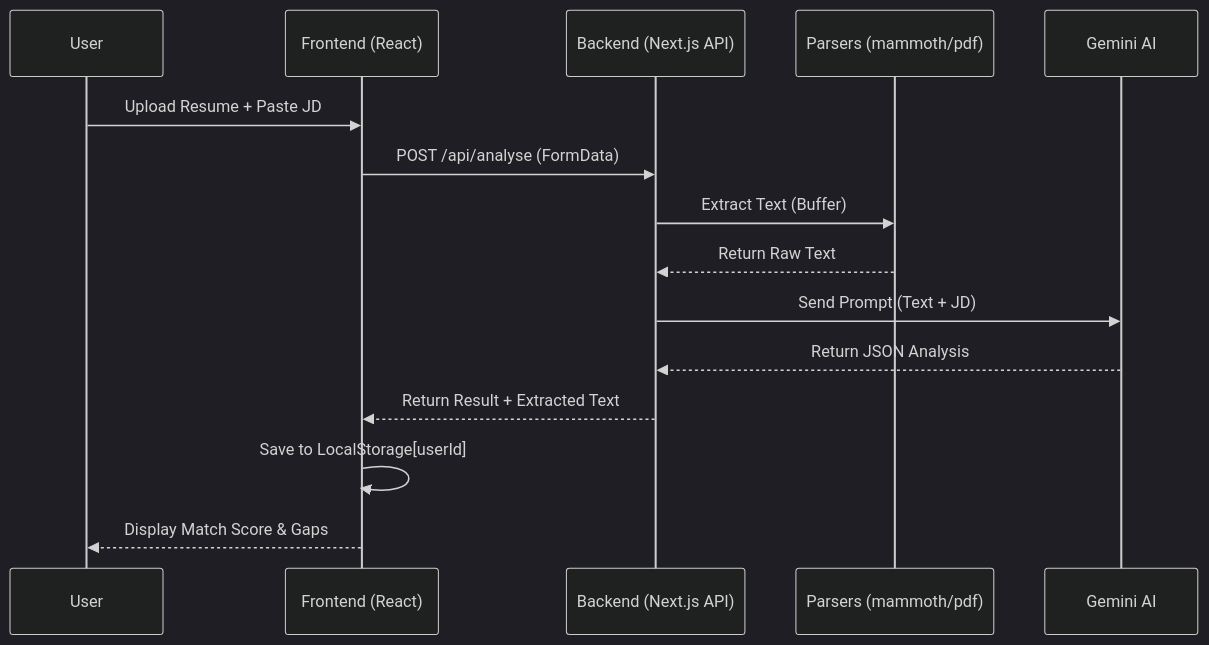
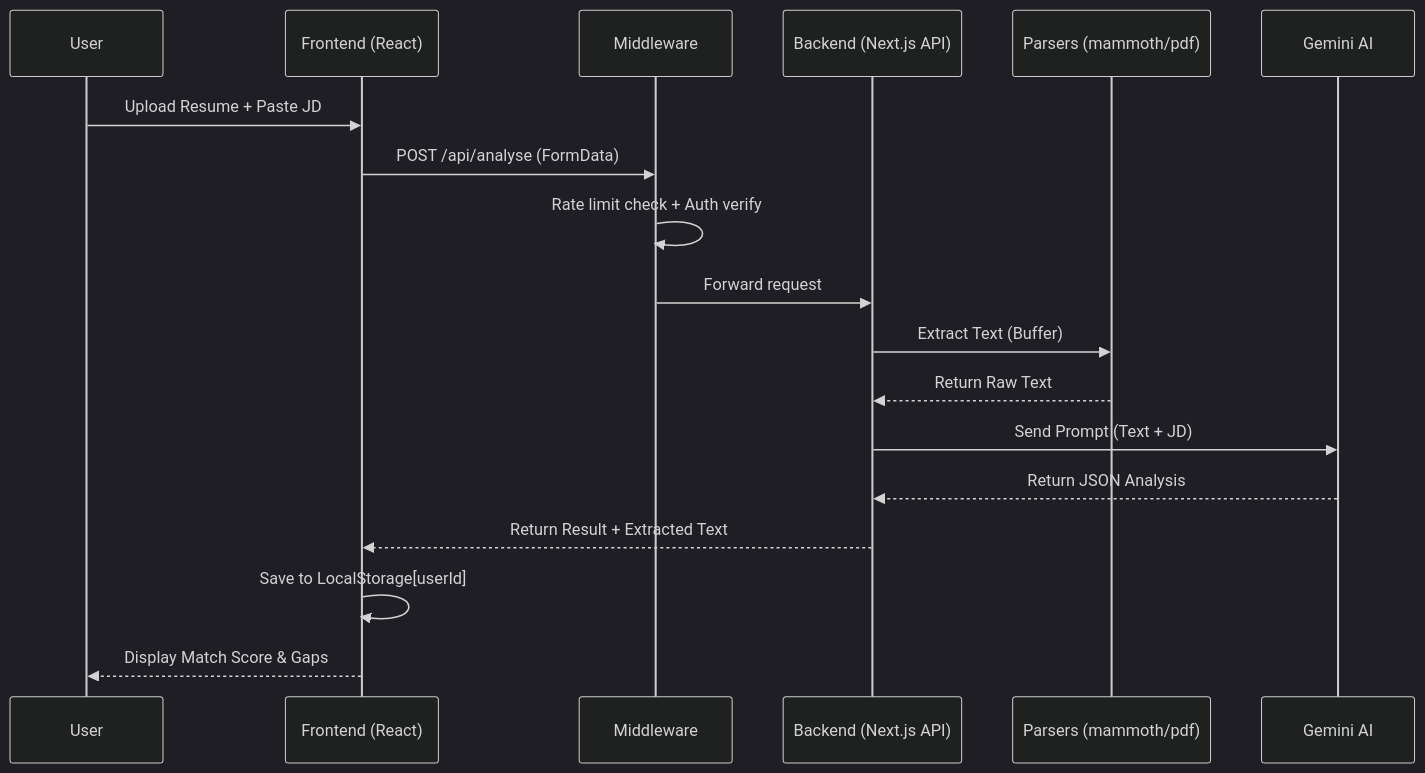
One commit to RISHIE2006/Signl changed the second of 4 diagrams in architecture.md. Above: the diagram before and after it, drawn with Mermaid (dark theme). The commit also changed other lines of this file and 7 other files, not shown here.

````diff
--- a/architecture.md
+++ b/architecture.md
@@ -74,18 +111,21 @@
 ```mermaid
 sequenceDiagram
     participant U as User
     participant F as Frontend (React)
+    participant MW as Middleware
     participant B as Backend (Next.js API)
     participant P as Parsers (mammoth/pdf)
     participant G as Gemini AI
 
     U->>F: Upload Resume + Paste JD
-    F->>B: POST /api/analyse (FormData)
+    F->>MW: POST /api/analyse (FormData)
+    MW->>MW: Rate limit check + Auth verify
+    MW->>B: Forward request
     B->>P: Extract Text (Buffer)
     P-->>B: Return Raw Text
     B->>G: Send Prompt (Text + JD)
     G-->>B: Return JSON Analysis
     B-->>F: Return Result + Extracted Text
     F->>F: Save to LocalStorage[userId]
     F-->>U: Display Match Score & Gaps
 ```
````
